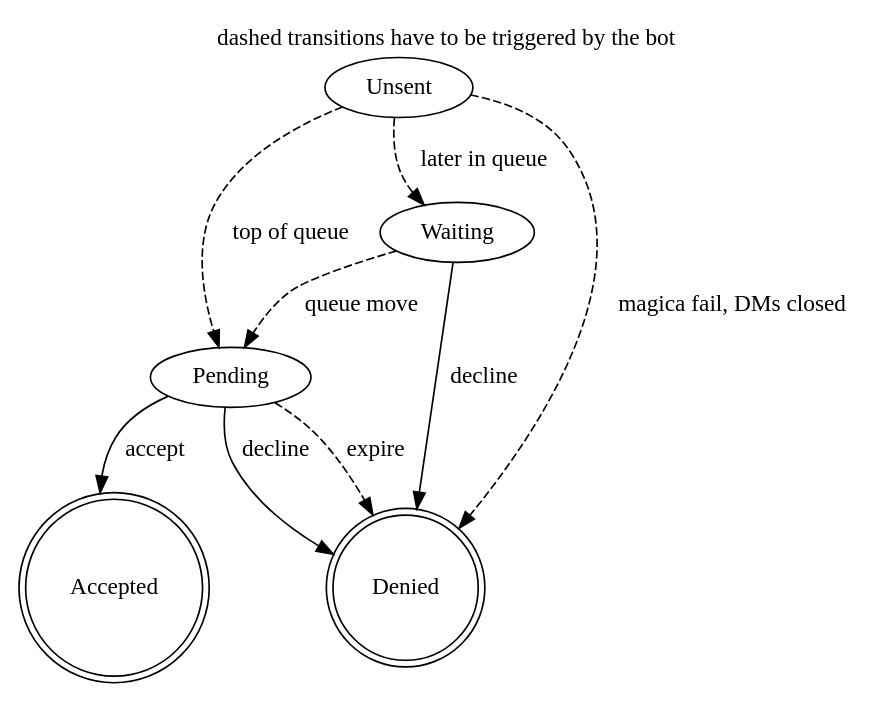
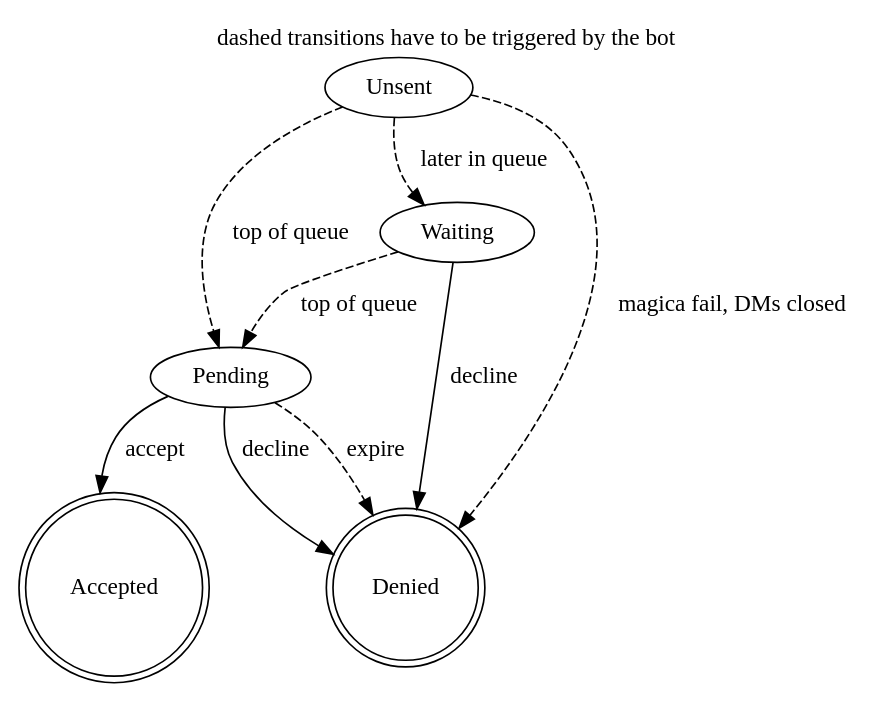
One commit to im-skylar/classes-bot changed the diagram in status_statemachine.dot. Above: the diagram before and after it, drawn with Graphviz. The commit also changed 7 other files, not shown here.

```diff
--- a/status_statemachine.dot
+++ b/status_statemachine.dot
@@ -1,18 +1,18 @@
 digraph {
   Denied [shape=doublecircle]
   Accepted [shape=doublecircle]
     
   Unsent -> Pending [label = "top of queue", style="dashed"]
   Unsent -> Waiting [label = "later in queue", style="dashed"]
   Unsent -> Denied [label = "magica fail, DMs closed", style="dashed"]
   
   Pending -> Accepted [label = "accept"]
   Pending -> Denied [label = "decline"]
   Pending -> Denied [label = "expire", style="dashed"]
   
-  Waiting -> Pending [label = "queue move", style="dashed"]
+  Waiting -> Pending [label = "top of queue", style="dashed"]
   Waiting -> Denied [label = "decline"]
 
   labelloc="t";
   label="dashed transitions have to be triggered by the bot";
 }
```
